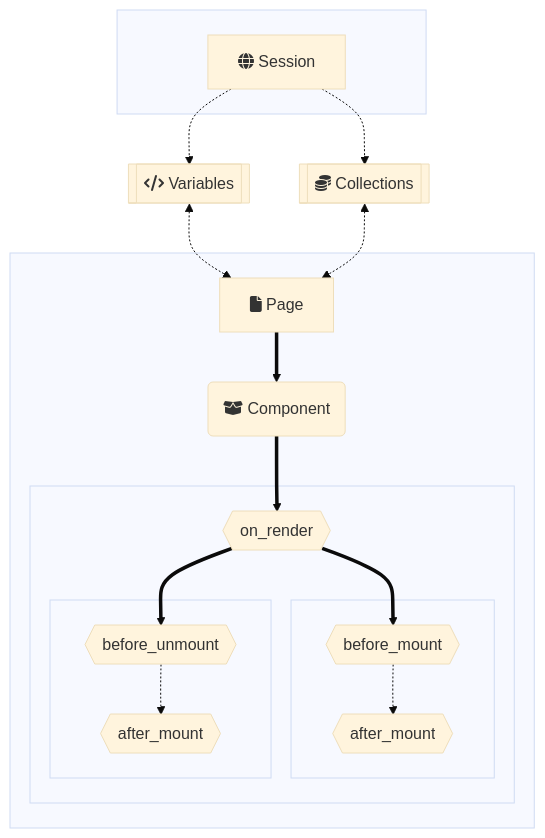
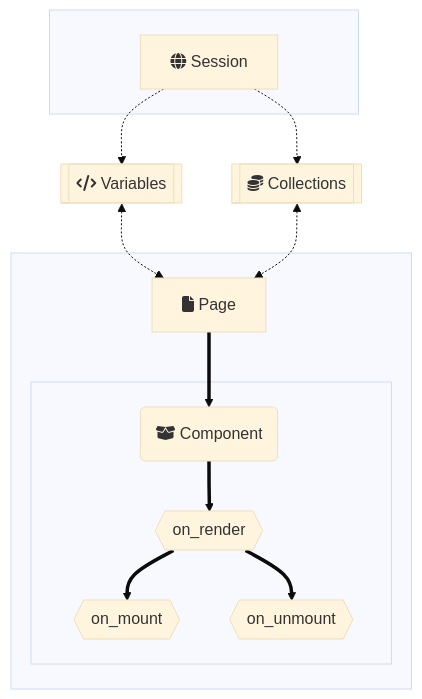
The diagram in Project Outline.md (PyNetic/PyNetic), drawn with Mermaid (base theme) before and after one commit.

Commit message:
:memo: Update Outline

````diff
--- a/Project Outline.md
+++ b/Project Outline.md
@@ -39,27 +39,21 @@
 ```mermaid
     flowchart TD
         subgraph z [ ]
         S[fa:fa-globe Session]
         end
         S -.-> V & CO
         subgraph x [ ]
         P[fa:fa-file Page]
         C(fa:fa-box-open Component)
+        subgraph xx [ ]
         C ==> R{{on_render}}
-        subgraph xx [ ]
-        subgraph xy [ ]
-        BM{{before_mount}}
-        BM -.-> AM{{after_mount}}
-        end
-        subgraph xz [ ]
-        BU{{before_unmount}}
-        BU -.-> AU{{after_mount}}
-        end
-        R ==> BM & BU
+        M{{on_mount}}
+        U{{on_unmount}}
+        R ==> M & U
         end
         end
         V[[fa:fa-code Variables]]
         CO[[fa:fa-coins Collections]]
         V & CO <-.-> P
         P ==> C
 ```
````
